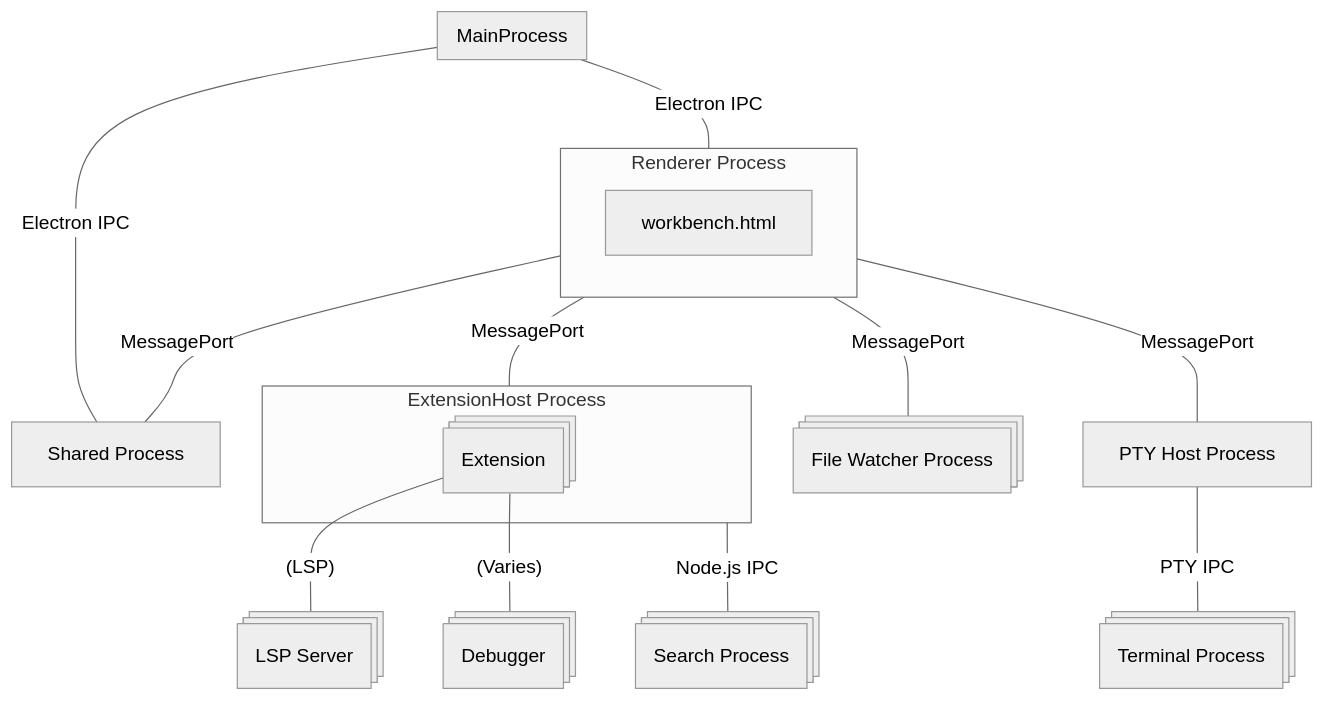
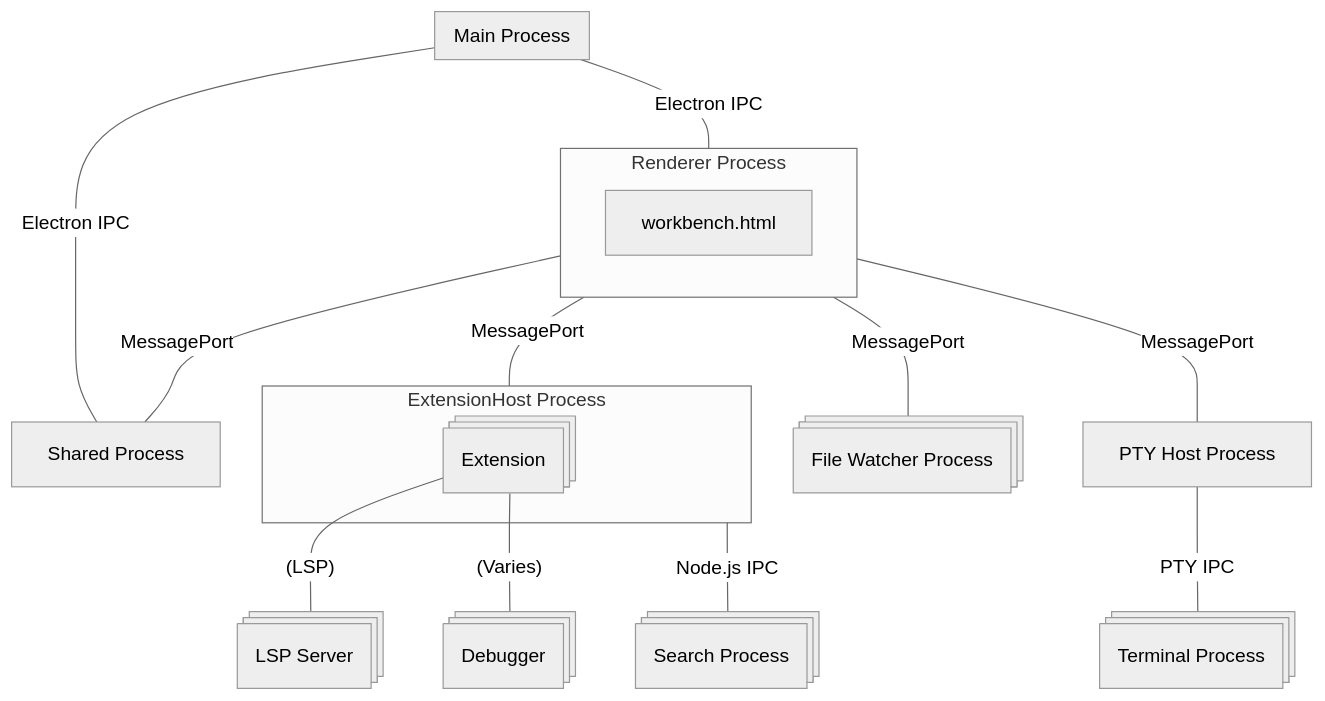
Before and after one commit to tamuratak/latex-toybox: the diagram in dev/memo/arch_of_vscode.md, drawn with Mermaid (neutral theme).

Commit message:
fixup! fixup! fixup! fixup! fixup! fixup! feat: Add flowchart diagram for VS Code architecture in arch_of_vscode.md [skip ci]

````diff
--- a/dev/memo/arch_of_vscode.md
+++ b/dev/memo/arch_of_vscode.md
@@ -4,28 +4,28 @@
 ```mermaid
 flowchart TB
-    subgraph MainProcess
+    subgraph MainProcess[Main Process]
     end
     subgraph RendererProcess [Renderer Process]
         workbench.html
     end
     SharedProcess[Shared Process]
     subgraph ExtensionHostProcess  [ExtensionHost Process]
         Extension@{ shape: procs }
     end
     SearchProcess@{ shape: procs, label: "Search Process" }
     TerminalHostProcess@{ label: "PTY Host Process" }
     TerminalProcess@{ shape: procs, label: "Terminal Process" }
     FileWatcherProcess@{ shape: procs, label: "File Watcher Process" }
     LSPServer@{ shape: procs, label: "LSP Server" }
     Debugger@{ shape: procs }
     MainProcess -- Electron IPC --- SharedProcess
     MainProcess -- Electron IPC --- RendererProcess
     RendererProcess -- MessagePort --- SharedProcess
     RendererProcess -- MessagePort --- ExtensionHostProcess
     RendererProcess -- MessagePort --- FileWatcherProcess
     RendererProcess -- MessagePort --- TerminalHostProcess
     TerminalHostProcess -- PTY IPC --- TerminalProcess
     ExtensionHostProcess -- Node.js IPC --- SearchProcess
     Extension -- (LSP) --- LSPServer
     Extension -- (Varies) --- Debugger
 ```
````
